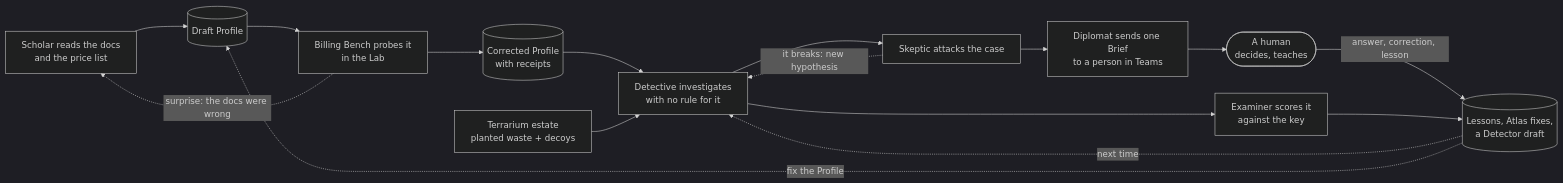
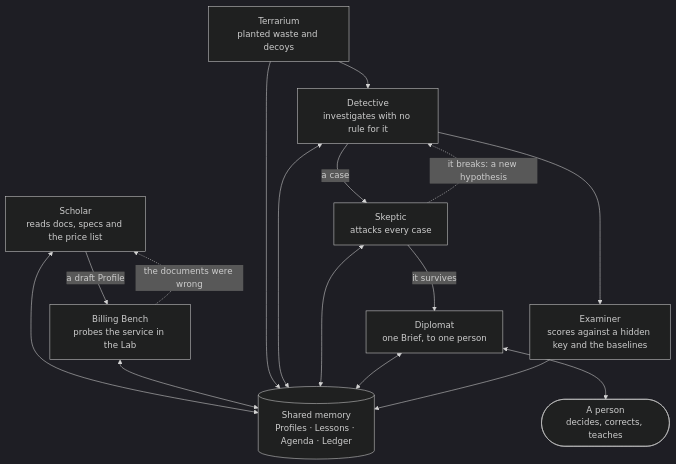
Before and after one commit to tinodo/meternaut: the diagram in docs/10-what-next.md, drawn with Mermaid (dark theme). The commit also changed other lines of this file and 28 other files, not shown here.

````diff
--- a/docs/10-what-next.md
+++ b/docs/10-what-next.md
@@ -28,29 +44,27 @@
 ```mermaid
-flowchart LR
-    S1["Scholar reads the docs<br/>and the price list"]
-    P[("Draft Profile")]
-    B["Billing Bench probes it<br/>in the Lab"]
-    P2[("Corrected Profile<br/>with receipts")]
-    T["Terrarium estate<br/>planted waste + decoys"]
-    D["Detective investigates<br/>with no rule for it"]
-    K["Skeptic attacks the case"]
-    DI["Diplomat sends one Brief<br/>to a person in Teams"]
-    H(["A human<br/>decides, teaches"])
-    E["Examiner scores it<br/>against the key"]
-    L[("Lessons, Atlas fixes,<br/>a Detector draft")]
-    S1 --> P
-    P --> B
-    B --> P2
-    B -.->|"surprise: the docs were wrong"| S1
-    P2 --> D
-    T --> D
-    D --> K
-    K -.->|"it breaks: new hypothesis"| D
-    K --> DI
-    DI --> H
-    H -->|"answer, correction, lesson"| L
-    D --> E
-    E --> L
-    L -.->|"next time"| D
-    L -.->|"fix the Profile"| P
+flowchart TB
+    M[("Shared memory<br/>Profiles · Lessons · Agenda · Ledger")]
+    SC["Scholar<br/>reads docs, specs and the price list"]
+    BB["Billing Bench<br/>probes the service in the Lab"]
+    TE["Terrarium<br/>planted waste and decoys"]
+    DE["Detective<br/>investigates with no rule for it"]
+    SK["Skeptic<br/>attacks every case"]
+    DI["Diplomat<br/>one Brief, to one person"]
+    HU(["A person<br/>decides, corrects, teaches"])
+    EX["Examiner<br/>scores against a hidden key and the baselines"]
+    SC <--> M
+    BB <--> M
+    TE --> M
+    DE <--> M
+    SK <--> M
+    DI <--> M
+    EX --> M
+    DI <--> HU
+    SC -->|"a draft Profile"| BB
+    BB -.->|"the documents were wrong"| SC
+    TE --> DE
+    DE -->|"a case"| SK
+    SK -.->|"it breaks: a new hypothesis"| DE
+    SK -->|"it survives"| DI
+    DE --> EX
 ```
````
